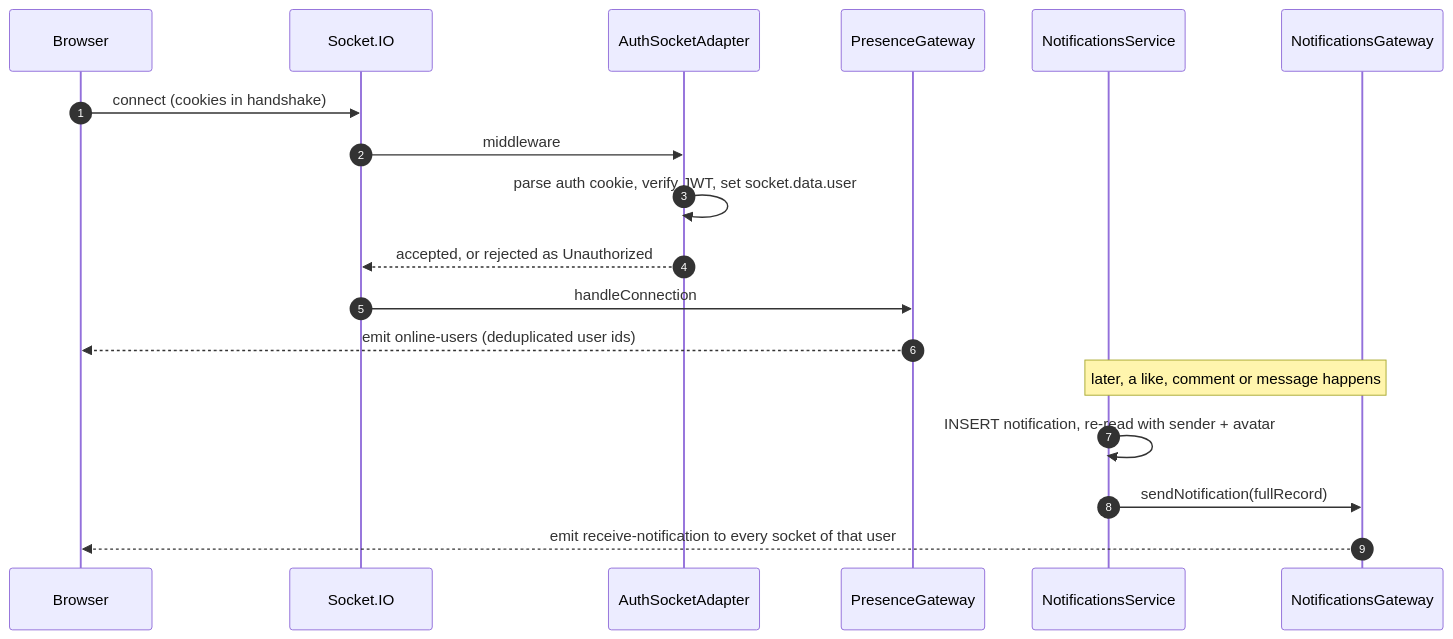
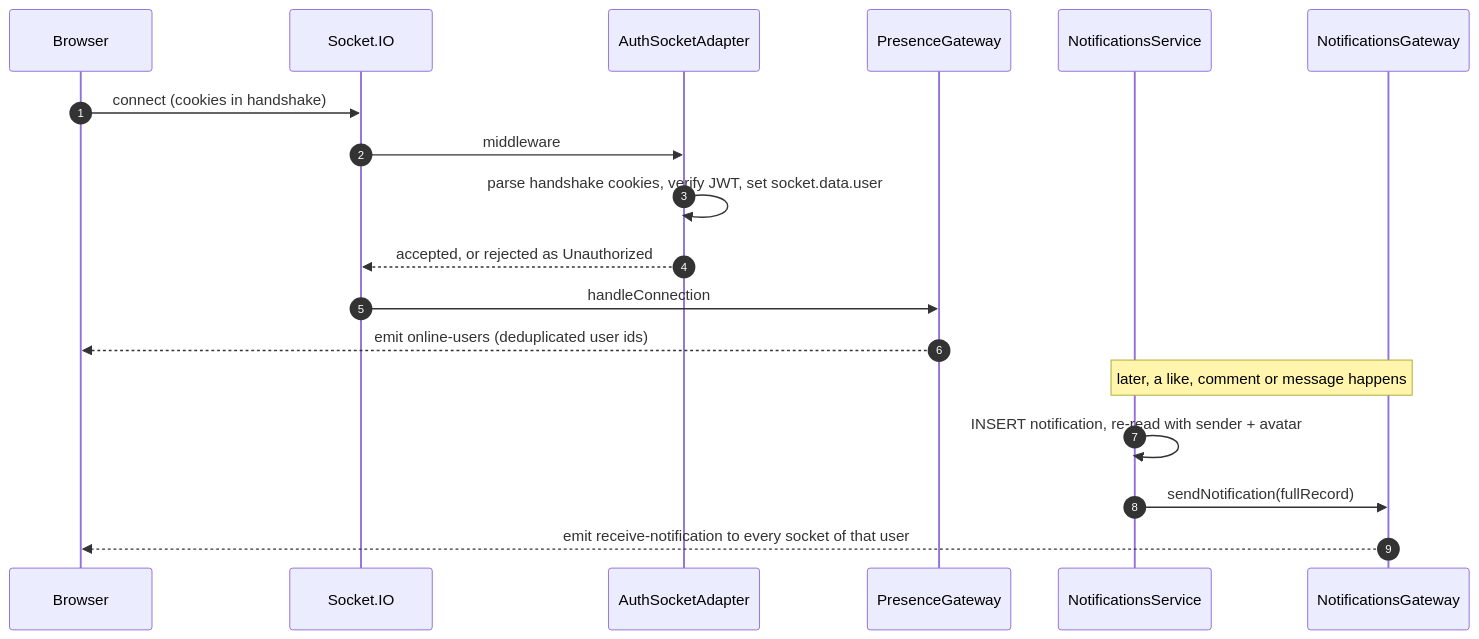
The seventh of 8 diagrams in README.md (ZenZN99/Zentro-Social-Network), drawn with Mermaid before and after one commit. The commit also changed other lines of this file, not shown here.

````diff
--- a/README.md
+++ b/README.md
@@ -484,22 +510,22 @@
 ```mermaid
 sequenceDiagram
   autonumber
   participant B as Browser
   participant IO as Socket.IO
   participant AD as AuthSocketAdapter
   participant PG as PresenceGateway
   participant NS as NotificationsService
   participant NG as NotificationsGateway
 
   B->>IO: connect (cookies in handshake)
   IO->>AD: middleware
-  AD->>AD: parse auth cookie, verify JWT, set socket.data.user
+  AD->>AD: parse handshake cookies, verify JWT, set socket.data.user
   AD-->>IO: accepted, or rejected as Unauthorized
   IO->>PG: handleConnection
   PG-->>B: emit online-users (deduplicated user ids)
 
   Note over NS,NG: later, a like, comment or message happens
   NS->>NS: INSERT notification, re-read with sender + avatar
   NS->>NG: sendNotification(fullRecord)
   NG-->>B: emit receive-notification to every socket of that user
 ```
````
